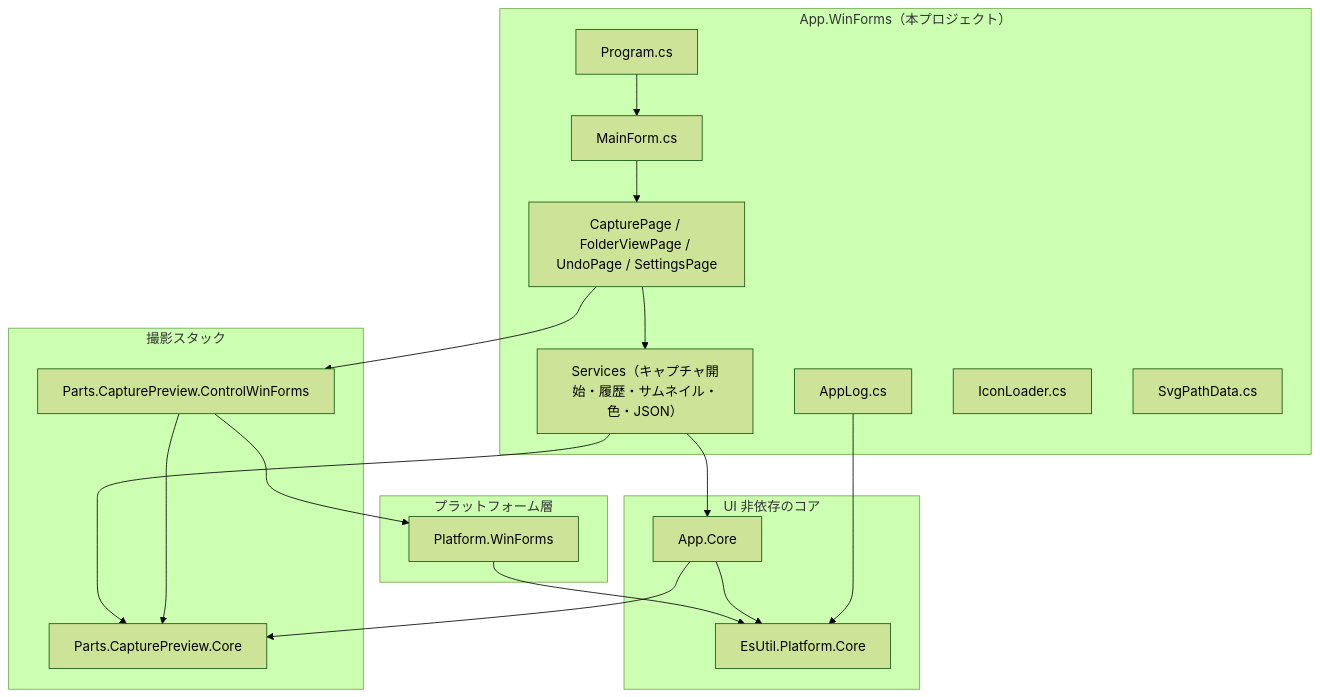
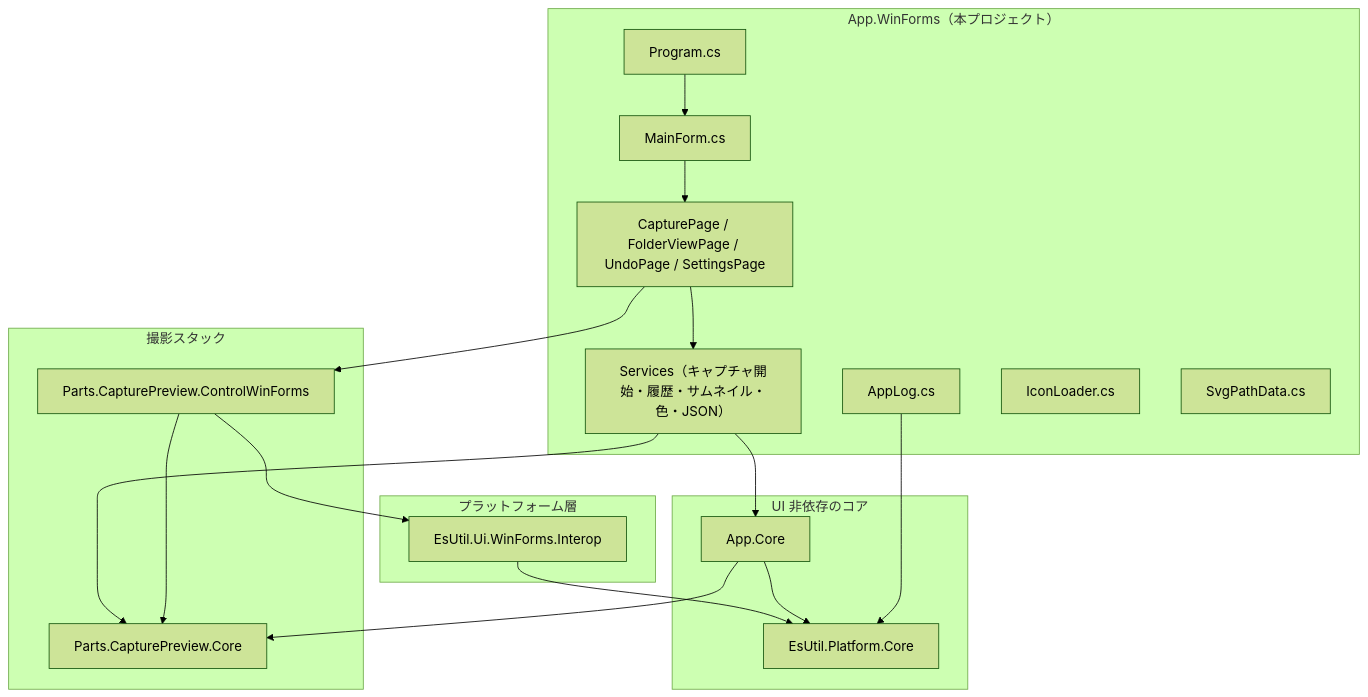
Before and after one commit to tomokuni/SaveEvidence: the first of 9 diagrams in src/App.WinForms/docs/SPEC_System.md, drawn with Mermaid (forest theme). The commit also changed other lines of this file and 220 other files, not shown here.

First line of the commit message:
Platform.* を EsUtil.Ui.<UI>.Interop（EsUtil リポジトリ）へ移す

````diff
--- a/src/App.WinForms/docs/SPEC_System.md
+++ b/src/App.WinForms/docs/SPEC_System.md
@@ -53,39 +53,39 @@
 ```mermaid
 flowchart TD
     subgraph app["App.WinForms（本プロジェクト）"]
         Program["Program.cs"]
         MainForm["MainForm.cs"]
         Pages["CapturePage / FolderViewPage / UndoPage / SettingsPage"]
         Services["Services（キャプチャ開始・履歴・サムネイル・色・JSON）"]
         Logging["AppLog.cs"]
         Icons["IconLoader.cs"]
     Svg["SvgPathData.cs"]
     end
 
     subgraph capture["撮影スタック"]
         CaptureCore["Parts.CapturePreview.Core"]
         CaptureWinForms["Parts.CapturePreview.ControlWinForms"]
     end
 
     subgraph platform["プラットフォーム層"]
-        PlatformWinForms["Platform.WinForms"]
+        PlatformWinForms["EsUtil.Ui.WinForms.Interop"]
     end
 
     subgraph core["UI 非依存のコア"]
         AppCore["App.Core"]
         EsCore["EsUtil.Platform.Core"]
     end
 
     Program --> MainForm
     MainForm --> Pages
     Pages --> Services
     Pages --> CaptureWinForms
     Services --> AppCore
     Services --> CaptureCore
     CaptureWinForms --> CaptureCore
     CaptureWinForms --> PlatformWinForms
     PlatformWinForms --> EsCore
     AppCore --> CaptureCore
     AppCore --> EsCore
     Logging --> EsCore
 ```
````
